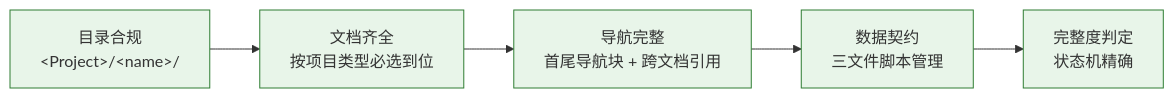
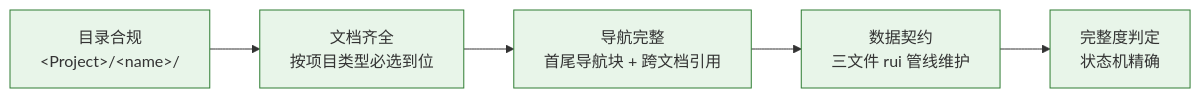
One commit to effiy/YrY changed diagram 13 of 13 in skills/rui/coder.md. Above: the diagram before and after it, drawn with Mermaid. The commit also changed other lines of this file and 14 other files, not shown here.

````diff
--- a/skills/rui/coder.md
+++ b/skills/rui/coder.md
@@ -413,9 +413,9 @@
 ```mermaid
 flowchart LR
     S1["目录合规<br/>&lt;Project&gt;/&lt;name&gt;/"]:::sig --> S2["文档齐全<br/>按项目类型必选到位"]:::sig
     S2 --> S3["导航完整<br/>首尾导航块 + 跨文档引用"]:::sig
-    S3 --> S4["数据契约<br/>三文件脚本管理"]:::sig
+    S3 --> S4["数据契约<br/>三文件 rui 管线维护"]:::sig
     S4 --> S5["完整度判定<br/>状态机精确"]:::sig
 
     classDef sig fill:#e8f5e9,stroke:#2e7d32;
 ```
````
